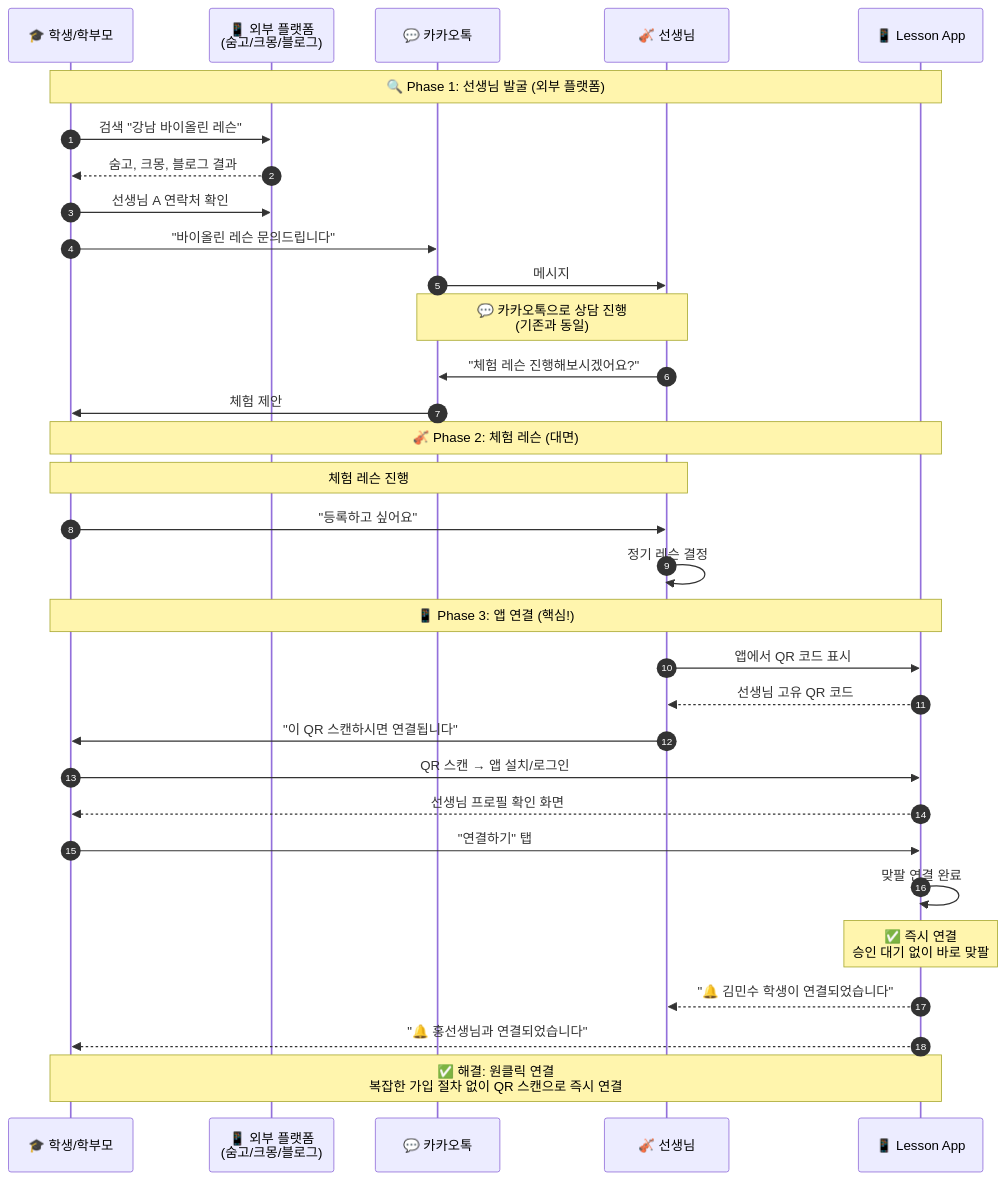
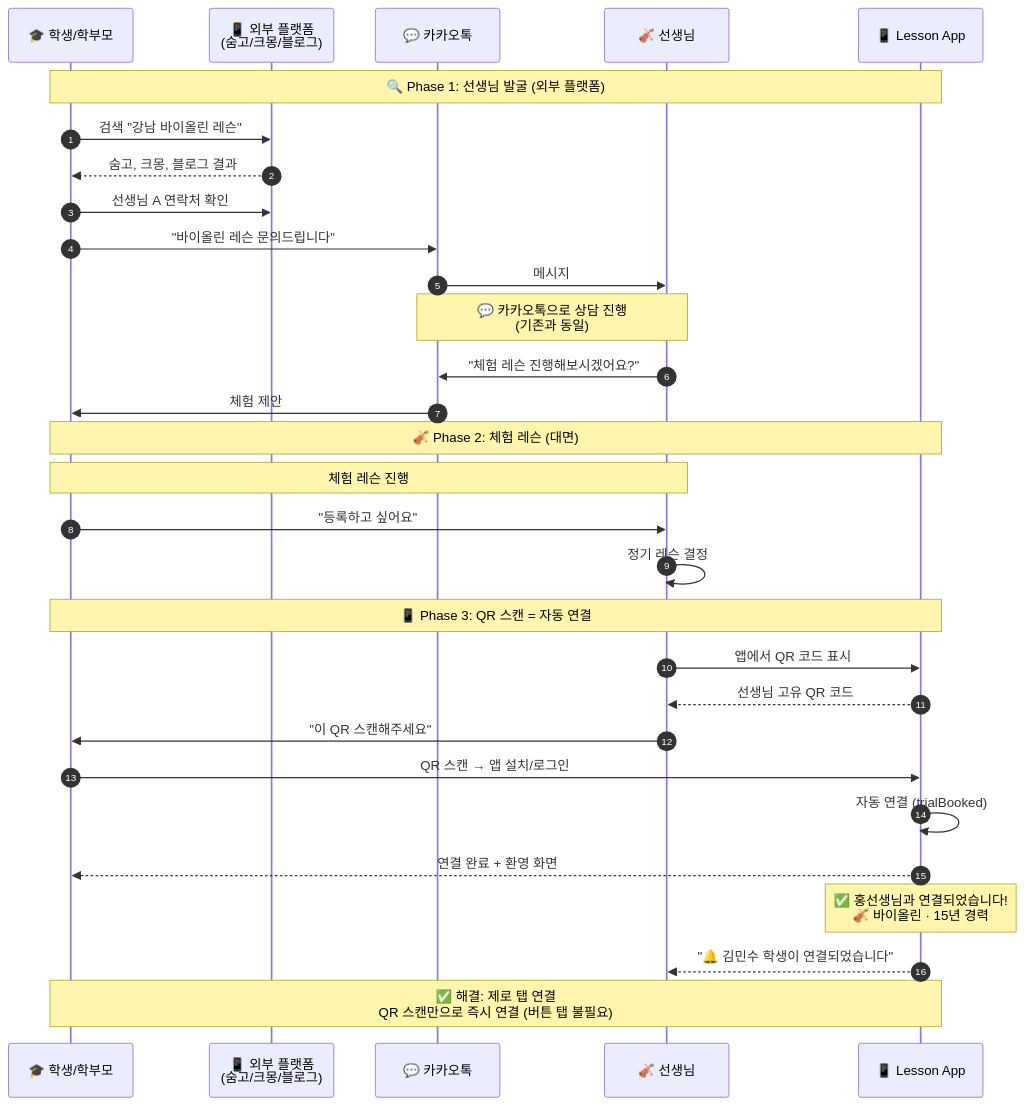
Before and after one commit to chulgil/lesson-app: the first of 10 diagrams in docs/specs/lesson/flow_with_app.md, drawn with Mermaid. The commit also changed other lines of this file and 15 other files, not shown here.

````diff
--- a/docs/specs/lesson/flow_with_app.md
+++ b/docs/specs/lesson/flow_with_app.md
@@ -79,51 +156,48 @@
 ```mermaid
 sequenceDiagram
     autonumber
     participant S as 🎓 학생/학부모
     participant P as 📱 외부 플랫폼<br/>(숨고/크몽/블로그)
     participant K as 💬 카카오톡
     participant T as 🎻 선생님
     participant App as 📱 Lesson App
 
     Note over S,App: 🔍 Phase 1: 선생님 발굴 (외부 플랫폼)
 
     S->>P: 검색 "강남 바이올린 레슨"
     P-->>S: 숨고, 크몽, 블로그 결과
 
     S->>P: 선생님 A 연락처 확인
     S->>K: "바이올린 레슨 문의드립니다"
     K->>T: 메시지
 
     Note over K,T: 💬 카카오톡으로 상담 진행<br/>(기존과 동일)
 
     T->>K: "체험 레슨 진행해보시겠어요?"
     K->>S: 체험 제안
 
     Note over S,App: 🎻 Phase 2: 체험 레슨 (대면)
 
     Note over T,S: 체험 레슨 진행
 
     S->>T: "등록하고 싶어요"
     T->>T: 정기 레슨 결정
 
-    Note over S,App: 📱 Phase 3: 앱 연결 (핵심!)
+    Note over S,App: 📱 Phase 3: QR 스캔 = 자동 연결
 
     T->>App: 앱에서 QR 코드 표시
     App-->>T: 선생님 고유 QR 코드
 
-    T->>S: "이 QR 스캔하시면 연결됩니다"
+    T->>S: "이 QR 스캔해주세요"
 
     S->>App: QR 스캔 → 앱 설치/로그인
-    App-->>S: 선생님 프로필 확인 화면
 
-    S->>App: "연결하기" 탭
+    App->>App: 자동 연결 (trialBooked)
 
-    App->>App: 맞팔 연결 완료
-
-    Note over App: ✅ 즉시 연결<br/>승인 대기 없이 바로 맞팔
+    App-->>S: 연결 완료 + 환영 화면
+    Note over App: ✅ 홍선생님과 연결되었습니다!<br/>🎻 바이올린 · 15년 경력
 
     App-->>T: "🔔 김민수 학생이 연결되었습니다"
-    App-->>S: "🔔 홍선생님과 연결되었습니다"
 
-    Note over S,App: ✅ 해결: 원클릭 연결<br/>복잡한 가입 절차 없이 QR 스캔으로 즉시 연결
+    Note over S,App: ✅ 해결: 제로 탭 연결<br/>QR 스캔만으로 즉시 연결 (버튼 탭 불필요)
 ```
````
